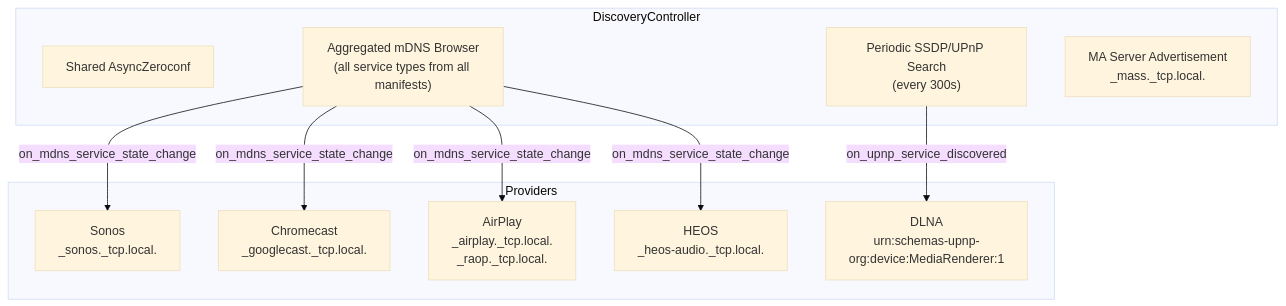
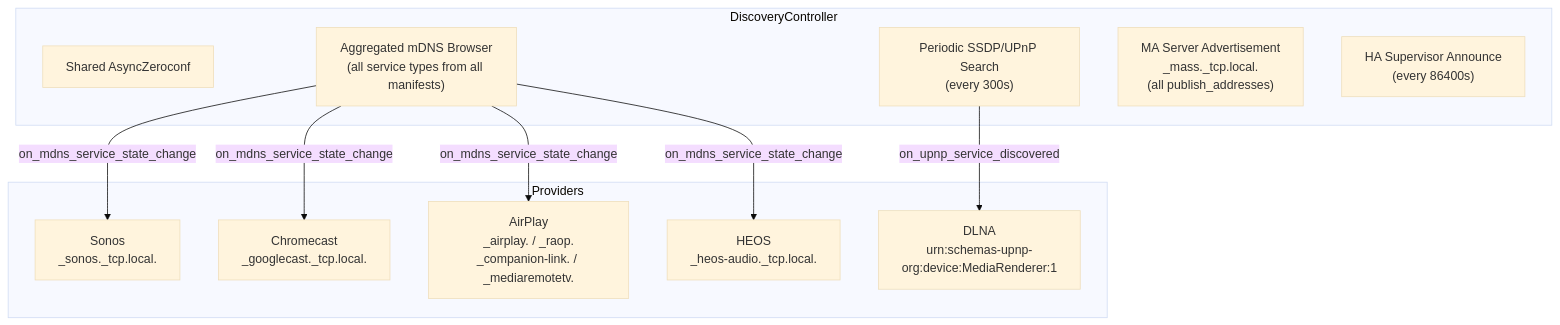
One commit to theturtle32/music-assistant-server changed the first of 3 diagrams in docs/architecture/13-discovery.md. Above: the diagram before and after it, drawn with Mermaid (base theme). The commit also changed other lines of this file and 2 other files, not shown here.

First line of the commit message:
docs(architecture): event types, scope-based commands and the discovery matrix

````diff
--- a/docs/architecture/13-discovery.md
+++ b/docs/architecture/13-discovery.md
@@ -9,23 +11,24 @@
 ```mermaid
 graph TB
     subgraph "DiscoveryController"
         AioZC["Shared AsyncZeroconf"]
         Browser["Aggregated mDNS Browser<br/>(all service types from all manifests)"]
         SSDP["Periodic SSDP/UPnP Search<br/>(every 300s)"]
-        MassAdvert["MA Server Advertisement<br/>_mass._tcp.local."]
+        MassAdvert["MA Server Advertisement<br/>_mass._tcp.local.<br/>(all publish_addresses)"]
+        HAAnnounce["HA Supervisor Announce<br/>(every 86400s)"]
     end
 
     subgraph "Providers"
         Sonos["Sonos<br/>_sonos._tcp.local."]
         Cast["Chromecast<br/>_googlecast._tcp.local."]
-        AirPlay["AirPlay<br/>_airplay._tcp.local.<br/>_raop._tcp.local."]
+        AirPlay["AirPlay<br/>_airplay. / _raop.<br/>_companion-link. / _mediaremotetv."]
         DLNA["DLNA<br/>urn:schemas-upnp-org:device:MediaRenderer:1"]
         HEOS["HEOS<br/>_heos-audio._tcp.local."]
     end
 
     Browser -->|"on_mdns_service_state_change"| Sonos
     Browser -->|"on_mdns_service_state_change"| Cast
     Browser -->|"on_mdns_service_state_change"| AirPlay
     Browser -->|"on_mdns_service_state_change"| HEOS
     SSDP -->|"on_upnp_service_discovered"| DLNA
 ```
````
